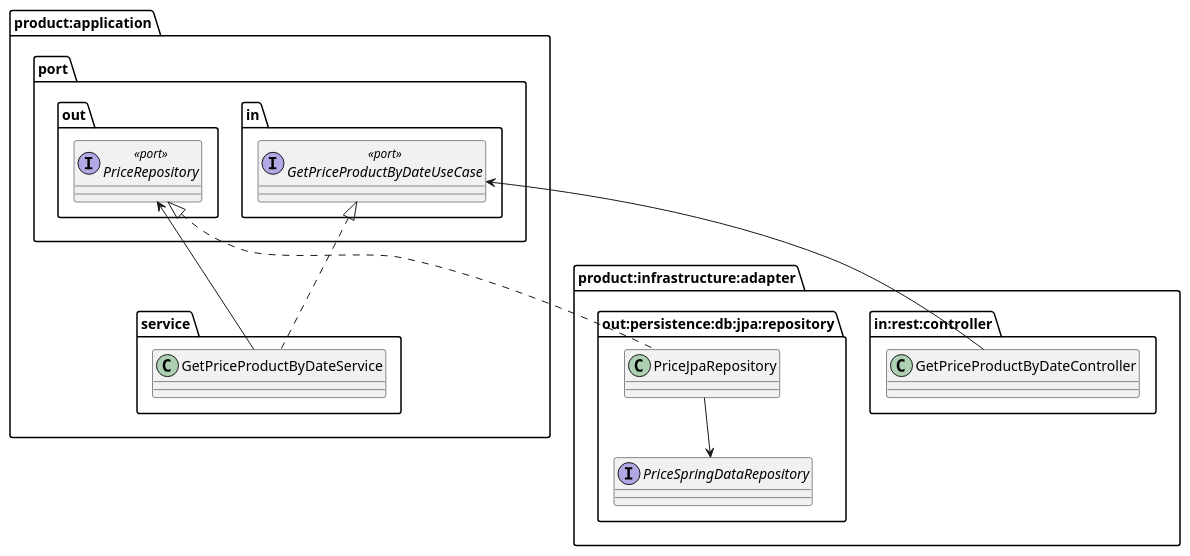
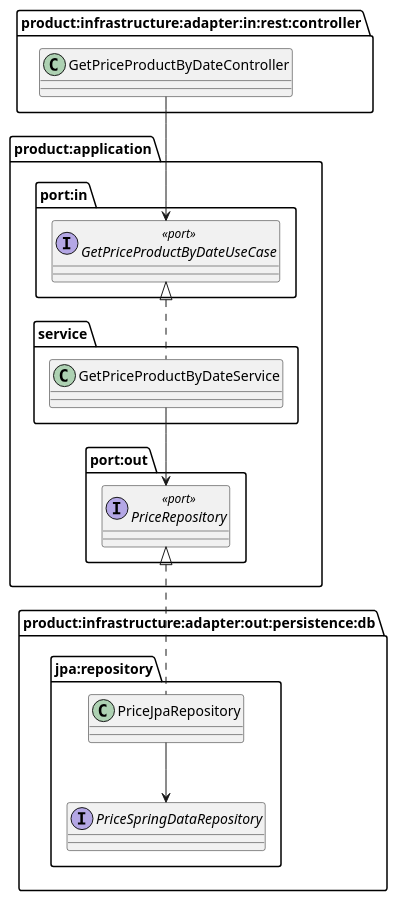
The diagram in docs/architecture.puml (Nemn120/test-inditex-bcnc), drawn with PlantUML before and after one commit. The commit also changed 1 other file, not shown here.

Commit message:
Modify diagram

```diff
--- a/docs/architecture.puml
+++ b/docs/architecture.puml
@@ -1,32 +1,32 @@
 @startuml
 
-package "product:application.port.in" {
+package "product:application.port:in" {
         interface GetPriceProductByDateUseCase<<port>>
 }
 
-package "product:infrastructure:adapter.in:rest:controller" {
+package "product:infrastructure:adapter:in:rest:controller" {
         class GetPriceProductByDateController  {}
          GetPriceProductByDateController --> GetPriceProductByDateUseCase
 }
 
 package "product:application.service" {
         class GetPriceProductByDateService
         GetPriceProductByDateUseCase <|.. GetPriceProductByDateService
 
 }
 
-package "product:application.port.out" {
+package "product:application.port:out" {
         interface PriceRepository<<port>>
 
         GetPriceProductByDateService --> PriceRepository
 }
 
-package "product:infrastructure:adapter.out:persistence:db:jpa:repository" {
+package "product:infrastructure:adapter:out:persistence:db.jpa:repository" {
         class PriceJpaRepository  {}
         interface PriceSpringDataRepository  {}
 
         PriceRepository <|.. PriceJpaRepository
         PriceJpaRepository --> PriceSpringDataRepository
 }
 
 @enduml
```
